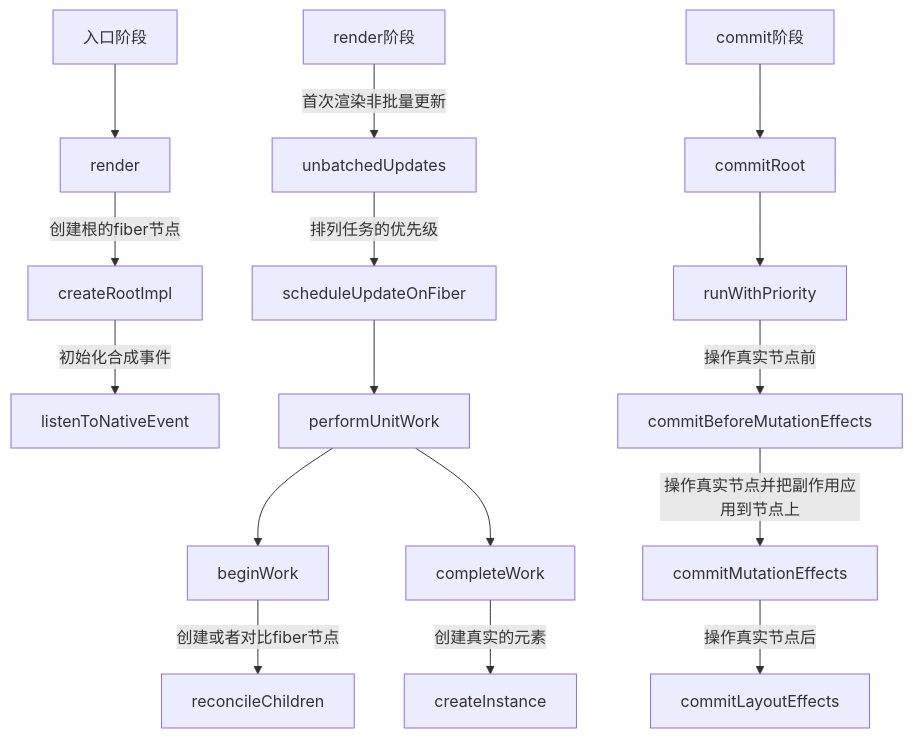
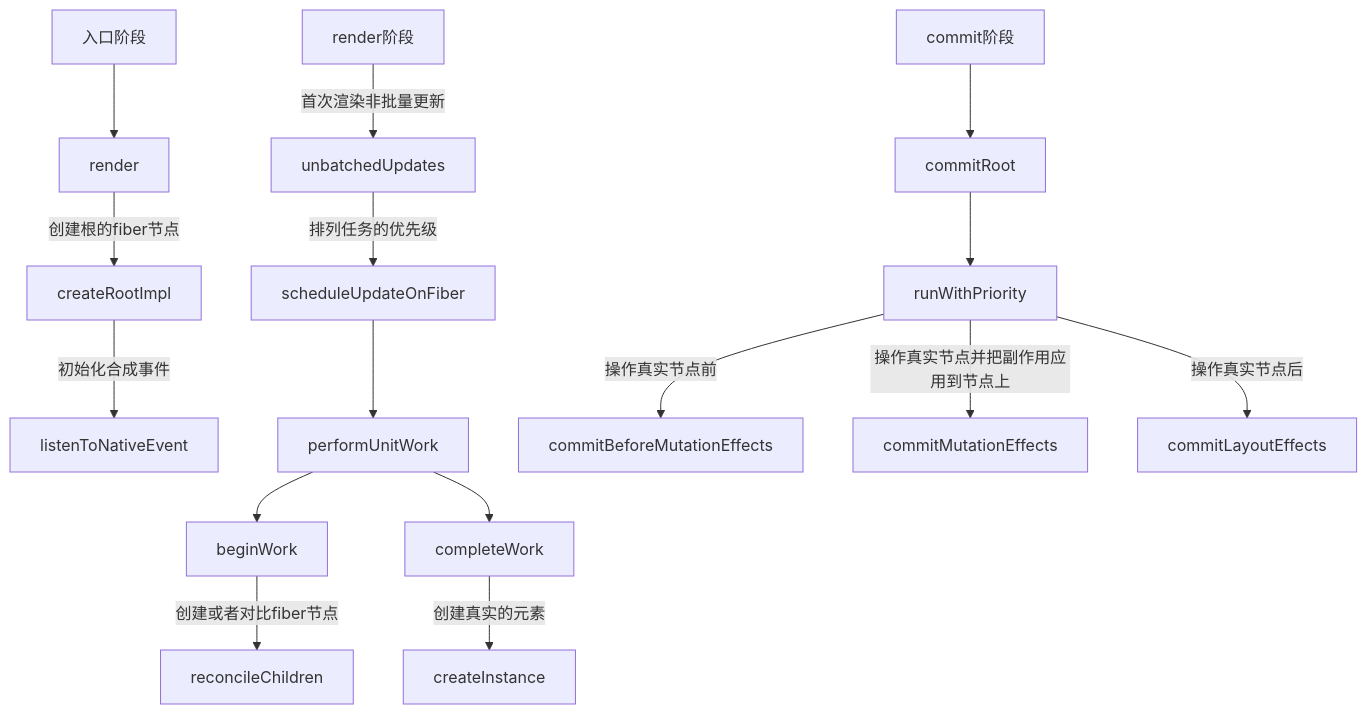
The diagram in react/react源码架构.md (Fanlee/study-notes), drawn with Mermaid before and after one commit. The commit also changed other lines of this file and 6 other files, not shown here.

````diff
--- a/react/react源码架构.md
+++ b/react/react源码架构.md
@@ -18,10 +18,11 @@
  ```mermaid
  graph TB;
      入口阶段-->render-->|创建根的fiber节点|createRootImpl-->|初始化合成事件|listenToNativeEvent
      render阶段-->|首次渲染非批量更新|unbatchedUpdates-->|排列任务的优先级|scheduleUpdateOnFiber-->performUnitWork;
      performUnitWork-->beginWork-->|创建或者对比fiber节点|reconcileChildren;
      performUnitWork-->completeWork-->|创建真实的元素|createInstance;
      commit阶段-->commitRoot-->runWithPriority;
      runWithPriority-->|操作真实节点前|commitBeforeMutationEffects
-     commitBeforeMutationEffects-->|操作真实节点并把副作用应用到节点上|commitMutationEffects-->|操作真实节点后|commitLayoutEffects;
+     runWithPriority -->|操作真实节点并把副作用应用到节点上|commitMutationEffects
+     runWithPriority-->|操作真实节点后|commitLayoutEffects;
  ```
````
